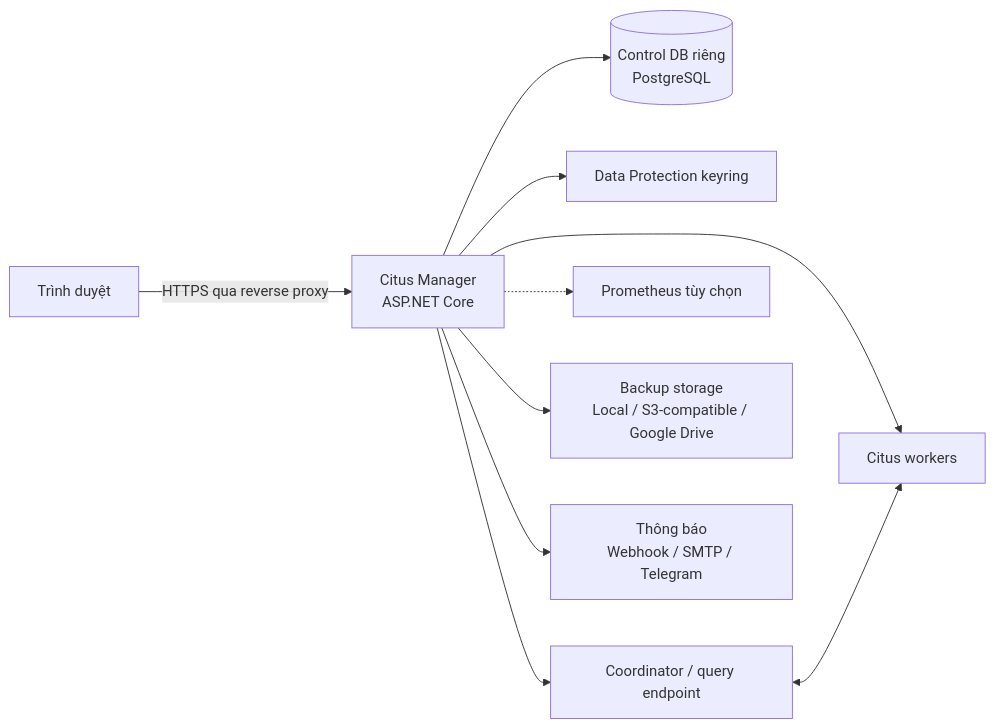
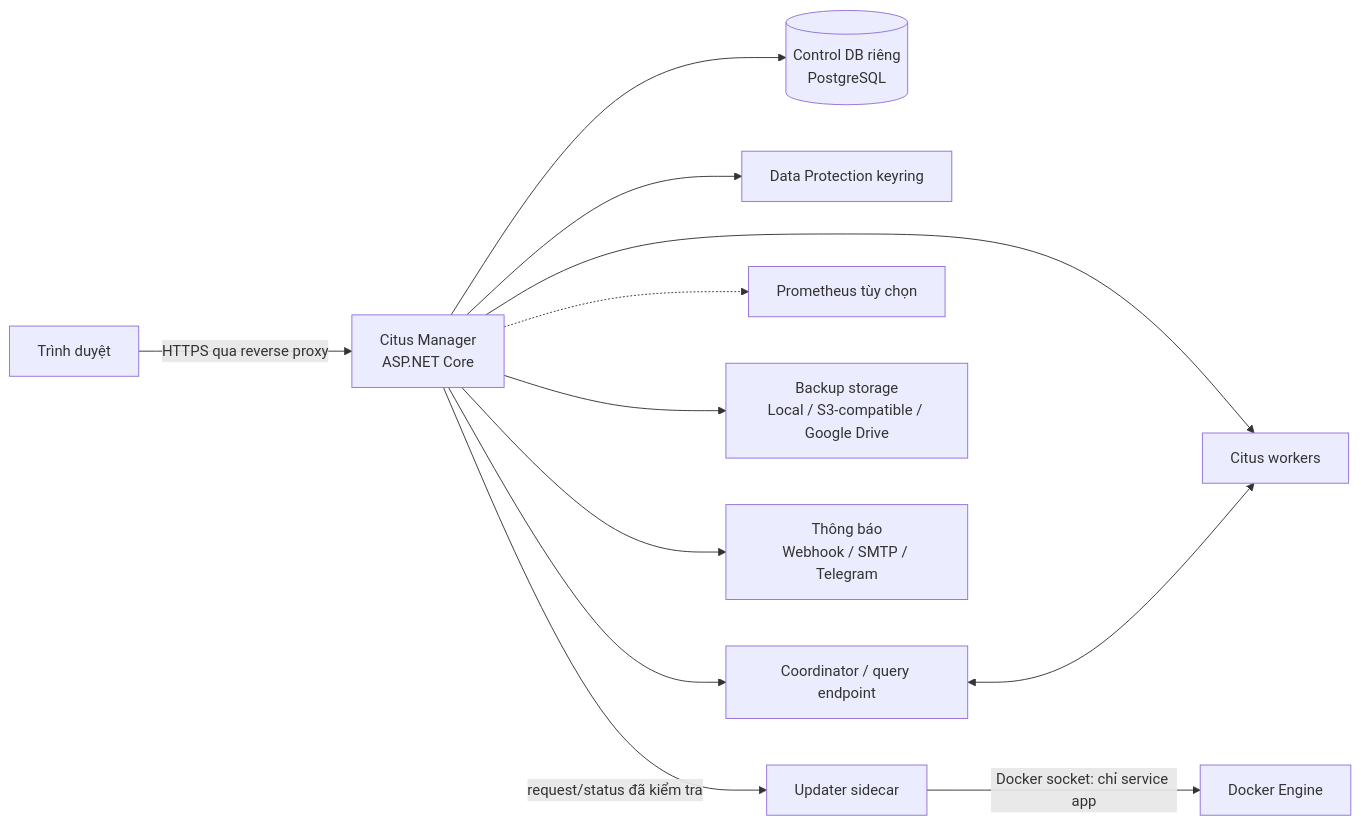
The diagram in README_VI.md (int04/citus-manager), drawn with Mermaid before and after one commit. The commit also changed other lines of this file and 28 other files, not shown here.

````diff
--- a/README_VI.md
+++ b/README_VI.md
@@ -111,12 +119,14 @@
 ```mermaid
 flowchart LR
     U["Trình duyệt"] -->|"HTTPS qua reverse proxy"| A["Citus Manager<br/>ASP.NET Core"]
     A --> C[("Control DB riêng<br/>PostgreSQL")]
     A --> K["Data Protection keyring"]
     A --> Q["Coordinator / query endpoint"]
     A --> W["Citus workers"]
     Q <--> W
     A -.-> P["Prometheus tùy chọn"]
     A --> B["Backup storage<br/>Local / S3-compatible / Google Drive"]
     A --> N["Thông báo<br/>Webhook / SMTP / Telegram"]
+    A -->|request/status đã kiểm tra| UP["Updater sidecar"]
+    UP -->|Docker socket: chỉ service app| D["Docker Engine"]
 ```
````
